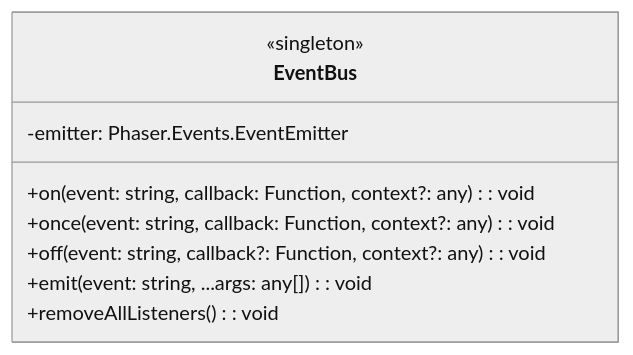
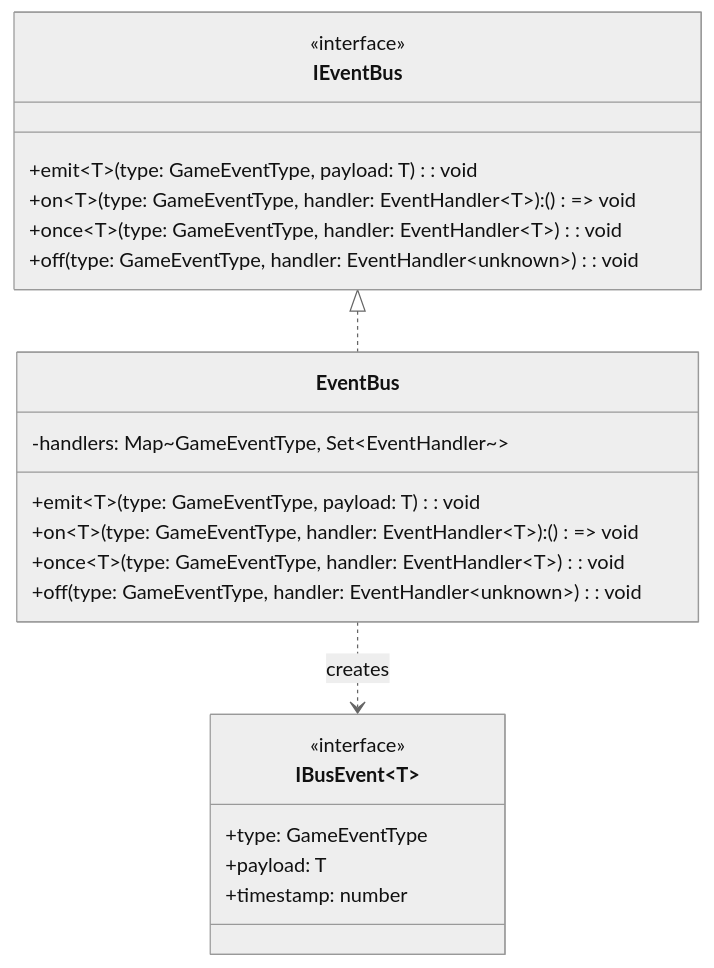
One commit to yaguma/atelier changed the first of 5 diagrams in docs/design/atelier-guild-rank/core-systems-infrastructure.md. Above: the diagram before and after it, drawn with Mermaid (neutral theme). The commit also changed other lines of this file and 1 other file, not shown here.

````diff
--- a/docs/design/atelier-guild-rank/core-systems-infrastructure.md
+++ b/docs/design/atelier-guild-rank/core-systems-infrastructure.md
@@ -22,12 +30,28 @@
 ```mermaid
 classDiagram
+    class IEventBus {
+        <<interface>>
+        +emit~T~(type: GameEventType, payload: T): void
+        +on~T~(type: GameEventType, handler: EventHandler~T~): () => void
+        +once~T~(type: GameEventType, handler: EventHandler~T~): void
+        +off(type: GameEventType, handler: EventHandler~unknown~): void
+    }
+
     class EventBus {
-        <<singleton>>
-        -emitter: Phaser.Events.EventEmitter
-        +on(event: string, callback: Function, context?: any): void
-        +once(event: string, callback: Function, context?: any): void
-        +off(event: string, callback?: Function, context?: any): void
-        +emit(event: string, ...args: any[]): void
-        +removeAllListeners(): void
+        -handlers: Map~GameEventType, Set~EventHandler~~
+        +emit~T~(type: GameEventType, payload: T): void
+        +on~T~(type: GameEventType, handler: EventHandler~T~): () => void
+        +once~T~(type: GameEventType, handler: EventHandler~T~): void
+        +off(type: GameEventType, handler: EventHandler~unknown~): void
     }
+
+    class IBusEvent~T~ {
+        <<interface>>
+        +type: GameEventType
+        +payload: T
+        +timestamp: number
+    }
+
+    IEventBus <|.. EventBus
+    EventBus ..> IBusEvent : creates
 ```
````
